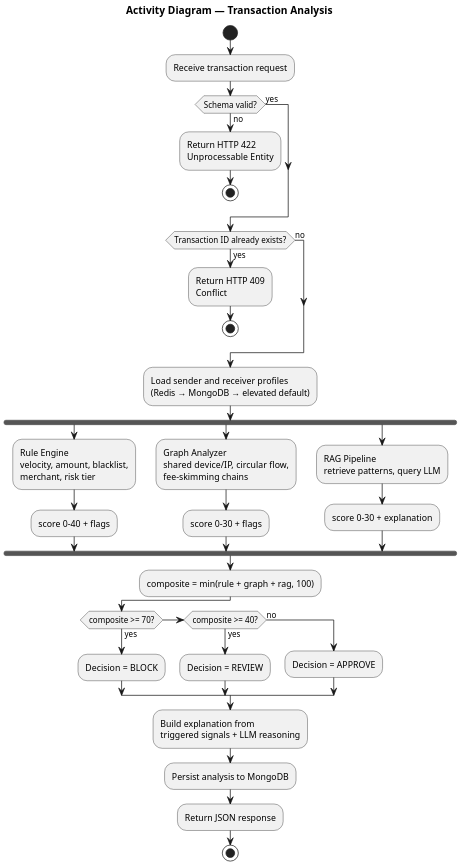
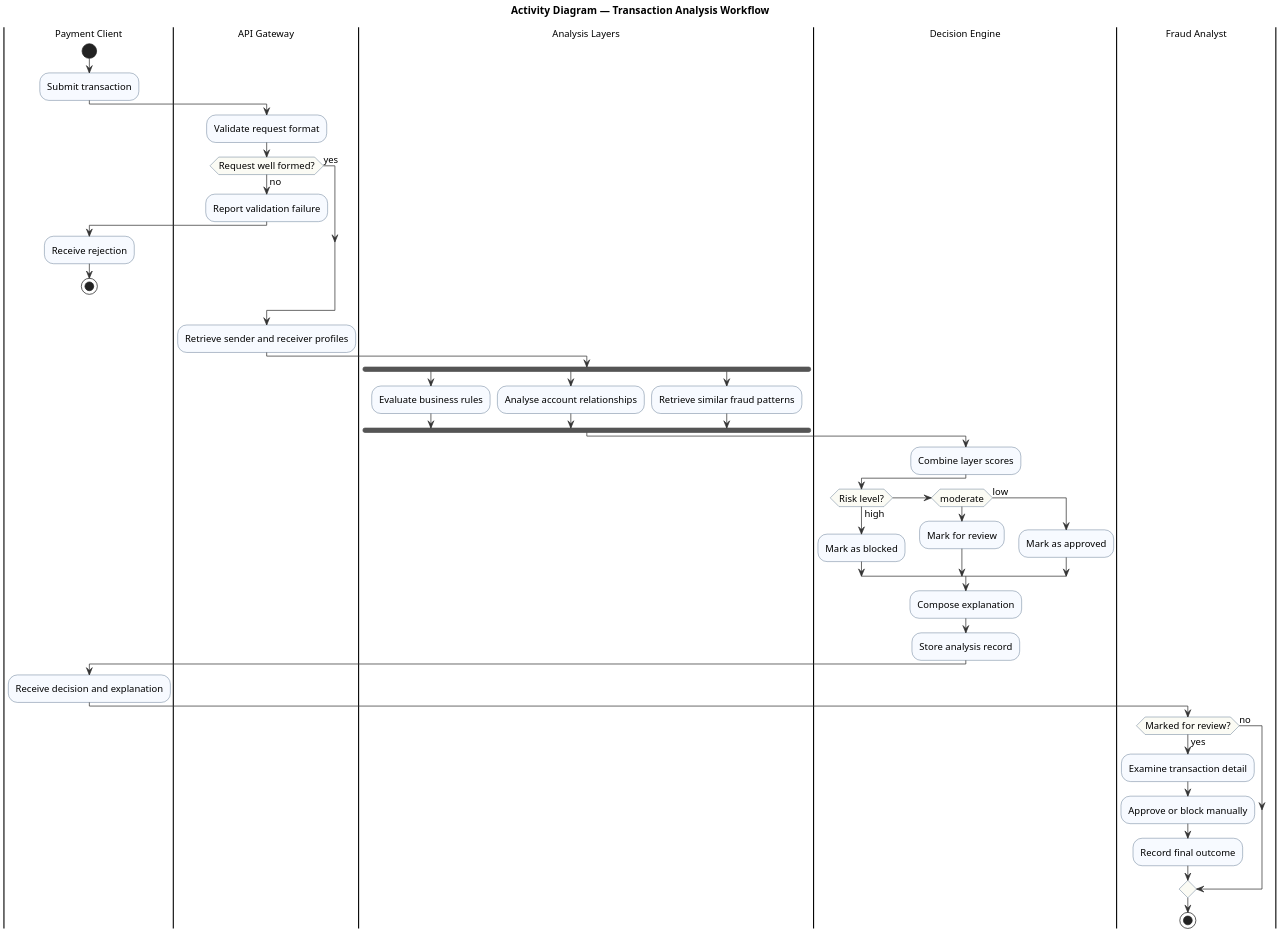
One commit to OMJOSHI15/indus11 changed the diagram in docs/diagrams/03-activity.puml. Above: the diagram before and after it, drawn with PlantUML. The commit also changed 27 other files, not shown here.

```diff
--- a/docs/diagrams/03-activity.puml
+++ b/docs/diagrams/03-activity.puml
@@ -1,42 +1,58 @@
 @startuml
 skinparam dpi 200
 skinparam backgroundColor white
 skinparam shadowing false
-skinparam defaultFontName Helvetica
-title Activity Diagram — Transaction Analysis
+skinparam defaultFontName Times New Roman
+skinparam defaultFontSize 13
+skinparam ArrowColor #333333
+skinparam activity {
+  BorderColor #2F4F6F
+  BackgroundColor #F7FAFF
+  DiamondBorderColor #2F4F6F
+  DiamondBackgroundColor #FBFBF4
+}
+title Activity Diagram — Transaction Analysis Workflow
+|Payment Client|
 start
-:Receive transaction request;
-if (Schema valid?) then (no)
-  :Return HTTP 422\nUnprocessable Entity;
+:Submit transaction;
+|API Gateway|
+:Validate request format;
+if (Request well formed?) then (no)
+  :Report validation failure;
+  |Payment Client|
+  :Receive rejection;
   stop
 else (yes)
 endif
-if (Transaction ID already exists?) then (yes)
-  :Return HTTP 409\nConflict;
-  stop
+|API Gateway|
+:Retrieve sender and receiver profiles;
+|Analysis Layers|
+fork
+  :Evaluate business rules;
+fork again
+  :Analyse account relationships;
+fork again
+  :Retrieve similar fraud patterns;
+end fork
+|Decision Engine|
+:Combine layer scores;
+if (Risk level?) then (high)
+  :Mark as blocked;
+elseif (moderate) then
+  :Mark for review;
+else (low)
+  :Mark as approved;
+endif
+:Compose explanation;
+:Store analysis record;
+|Payment Client|
+:Receive decision and explanation;
+|Fraud Analyst|
+if (Marked for review?) then (yes)
+  :Examine transaction detail;
+  :Approve or block manually;
+  :Record final outcome;
 else (no)
 endif
-:Load sender and receiver profiles\n(Redis → MongoDB → elevated default);
-fork
-  :Rule Engine\nvelocity, amount, blacklist,\nmerchant, risk tier;
-  :score 0–40 + flags;
-fork again
-  :Graph Analyzer\nshared device/IP, circular flow,\nfee-skimming chains;
-  :score 0–30 + flags;
-fork again
-  :RAG Pipeline\nretrieve patterns, query LLM;
-  :score 0–30 + explanation;
-end fork
-:composite = min(rule + graph + rag, 100);
-if (composite >= 70?) then (yes)
-  :Decision = BLOCK;
-elseif (composite >= 40?) then (yes)
-  :Decision = REVIEW;
-else (no)
-  :Decision = APPROVE;
-endif
-:Build explanation from\ntriggered signals + LLM reasoning;
-:Persist analysis to MongoDB;
-:Return JSON response;
 stop
 @enduml
```
